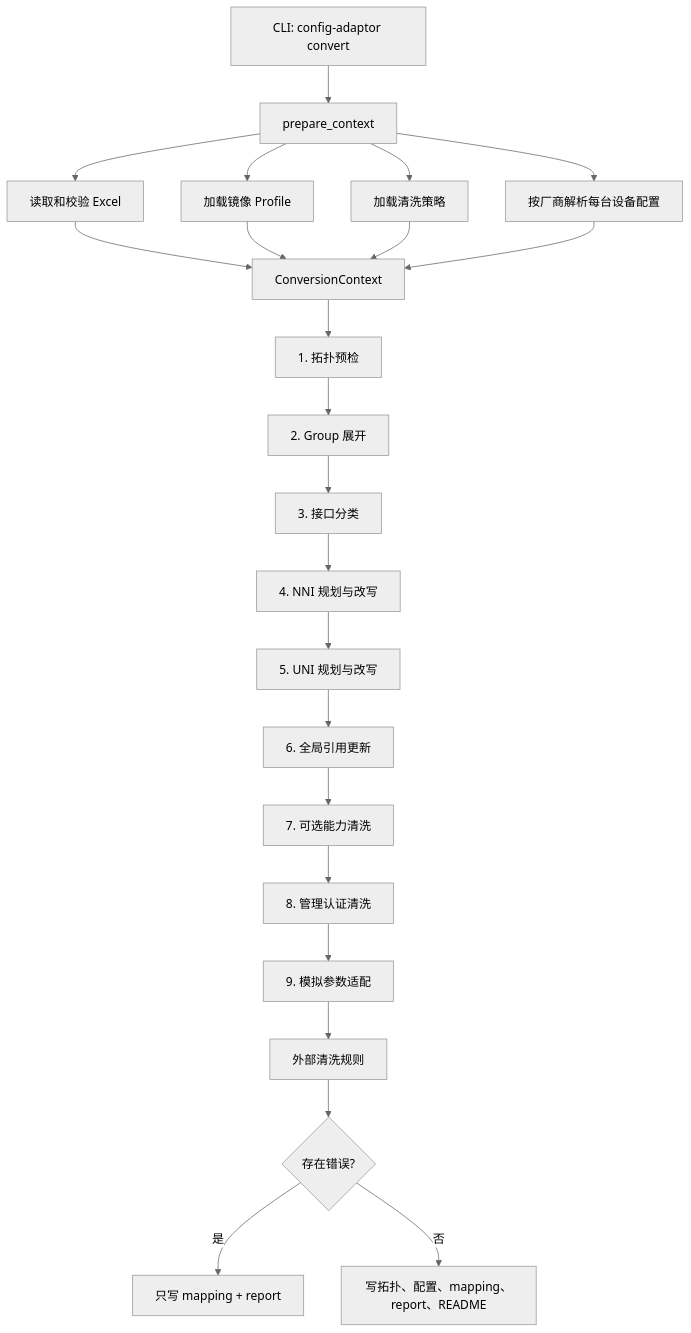
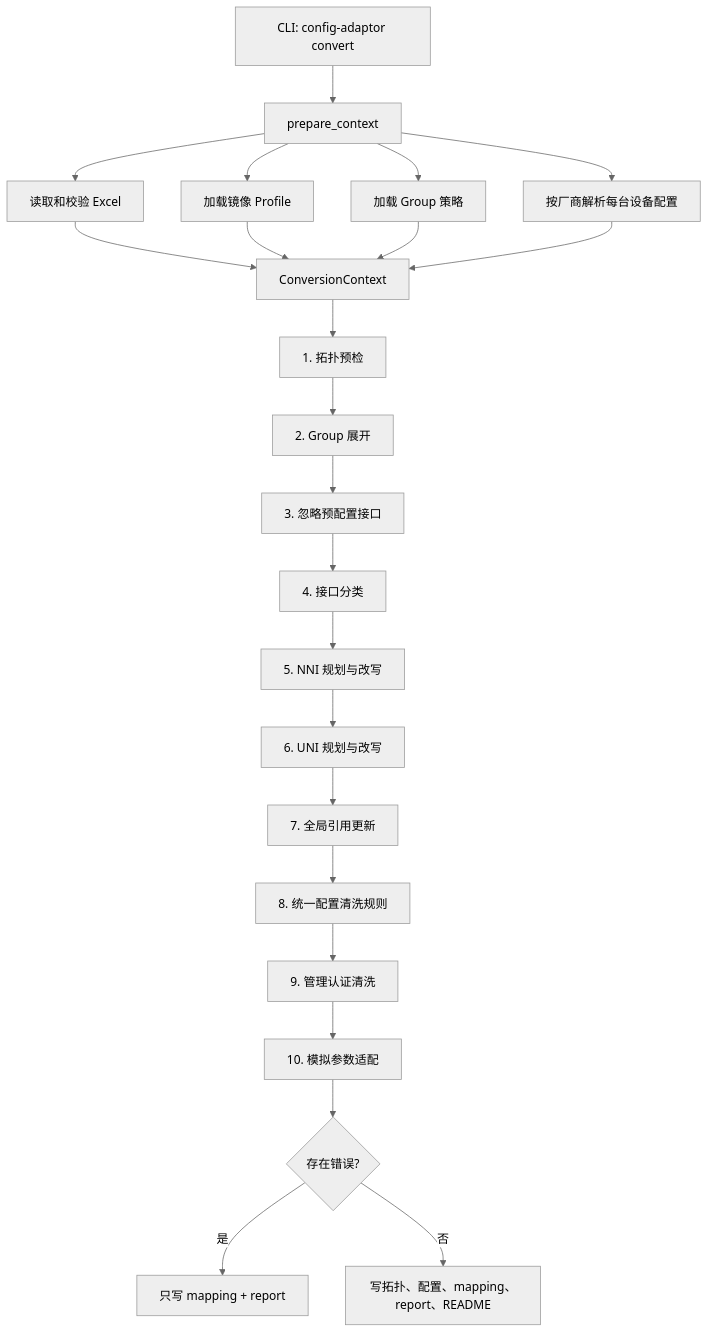
Before and after one commit to xiaobaozi01/config-mapping: the third of 12 diagrams in docs/onboarding-guide.md, drawn with Mermaid (neutral theme). The commit also changed other lines of this file and 28 other files, not shown here.

````diff
--- a/docs/onboarding-guide.md
+++ b/docs/onboarding-guide.md
@@ -158,28 +157,27 @@
 ```mermaid
 flowchart TD
     CLI[CLI: config-adaptor convert] --> Prepare[prepare_context]
     Prepare --> Excel[读取和校验 Excel]
     Prepare --> Profiles[加载镜像 Profile]
-    Prepare --> Policy[加载清洗策略]
+    Prepare --> Policy[加载 Group 策略]
     Prepare --> Parse[按厂商解析每台设备配置]
 
     Excel --> Context[ConversionContext]
     Profiles --> Context
     Policy --> Context
     Parse --> Context
 
     Context --> Preflight[1. 拓扑预检]
     Preflight --> Groups[2. Group 展开]
-    Groups --> Classify[3. 接口分类]
-    Classify --> NNI[4. NNI 规划与改写]
-    NNI --> UNI[5. UNI 规划与改写]
-    UNI --> Rewrite[6. 全局引用更新]
-    Rewrite --> Optional[7. 可选能力清洗]
-    Optional --> Auth[8. 管理认证清洗]
-    Auth --> Simulation[9. 模拟参数适配]
-
-    Simulation --> Rules[外部清洗规则]
-    Rules --> HasError{存在错误?}
+    Groups --> Preconfigured[3. 忽略预配置接口]
+    Preconfigured --> Classify[4. 接口分类]
+    Classify --> NNI[5. NNI 规划与改写]
+    NNI --> UNI[6. UNI 规划与改写]
+    UNI --> Rewrite[7. 全局引用更新]
+    Rewrite --> Rules[8. 统一配置清洗规则]
+    Rules --> Auth[9. 管理认证清洗]
+    Auth --> Simulation[10. 模拟参数适配]
+    Simulation --> HasError{存在错误?}
     HasError -->|是| Diagnostics[只写 mapping + report]
     HasError -->|否| Outputs[写拓扑、配置、mapping、report、README]
 ```
````
